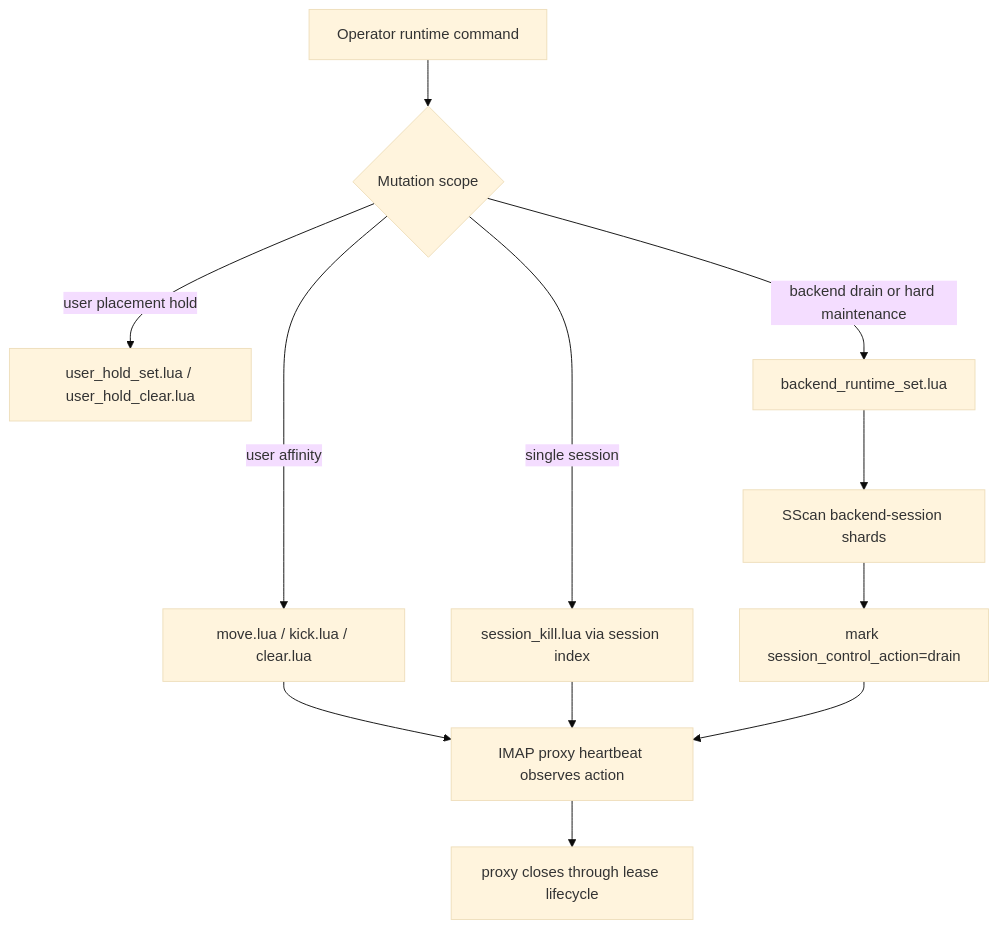
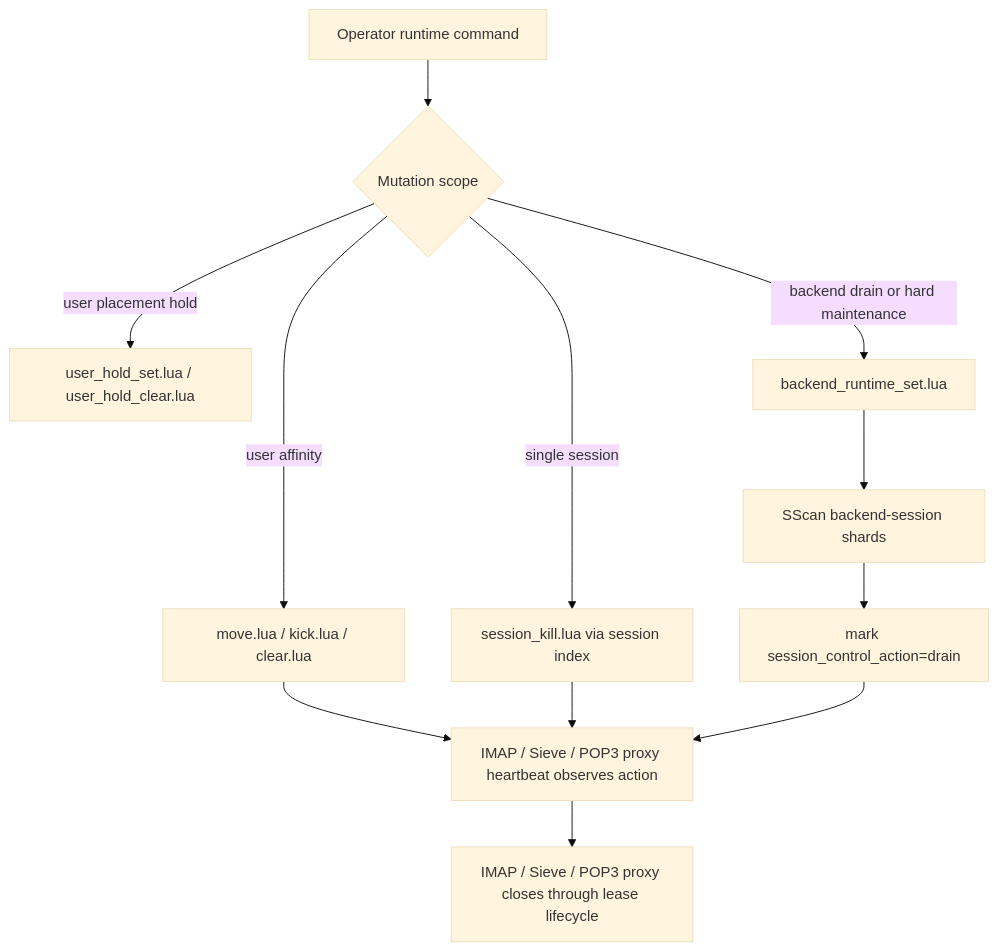
The seventh of 8 diagrams in docs/developer/AFFINITY_SESSION_HANDLING.md (croessner/nauthilus-director), drawn with Mermaid (base theme) before and after one commit. The commit also changed other lines of this file and 80 other files, not shown here.

First line of the commit message:
Add: Complete production POP3 proxy support

````diff
--- a/docs/developer/AFFINITY_SESSION_HANDLING.md
+++ b/docs/developer/AFFINITY_SESSION_HANDLING.md
@@ -432,14 +546,14 @@
 ```mermaid
 flowchart TD
     U["Operator runtime command"] --> R{"Mutation scope"}
     R -->|user affinity| M["move.lua / kick.lua / clear.lua"]
     R -->|user placement hold| P["user_hold_set.lua / user_hold_clear.lua"]
     R -->|single session| K["session_kill.lua via session index"]
     R -->|backend drain or hard maintenance| B["backend_runtime_set.lua"]
     B --> W["SScan backend-session shards"]
     W --> D["mark session_control_action=drain"]
-    M --> H["IMAP proxy heartbeat observes action"]
+    M --> H["IMAP / Sieve / POP3 proxy heartbeat observes action"]
     K --> H
     D --> H
-    H --> C["proxy closes through lease lifecycle"]
+    H --> C["IMAP / Sieve / POP3 proxy closes through lease lifecycle"]
 ```
````
